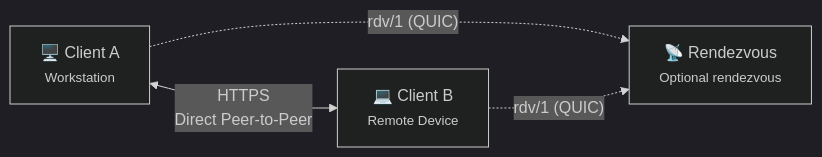
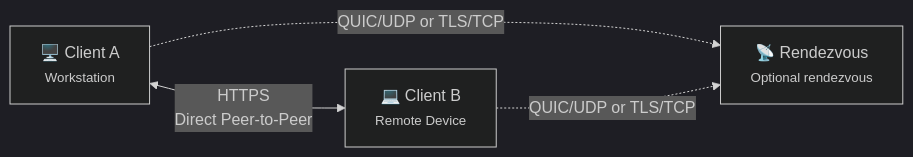
The second of 3 diagrams in README.md (albertsdk/hsync), drawn with Mermaid (dark theme) before and after one commit. The commit also changed other lines of this file, not shown here.

Commit message:
docs: update Rendezvous transport references to include TLS/TCP option

````diff
--- a/README.md
+++ b/README.md
@@ -65,11 +65,11 @@
 ```mermaid
 flowchart LR
     CA["🖥️ Client A<br/><small>Workstation</small>"]
     CB["💻 Client B<br/><small>Remote Device</small>"]
     BN["📡 Rendezvous<br/><small>Optional rendezvous</small>"]
 
     CA <-->|"HTTPS<br/>Direct Peer-to-Peer"| CB
-    CA -.->|"rdv/1 (QUIC)"| BN
-    CB -.->|"rdv/1 (QUIC)"| BN
+    CA -.->|"QUIC/UDP or TLS/TCP"| BN
+    CB -.->|"QUIC/UDP or TLS/TCP"| BN
 
 ```
````
